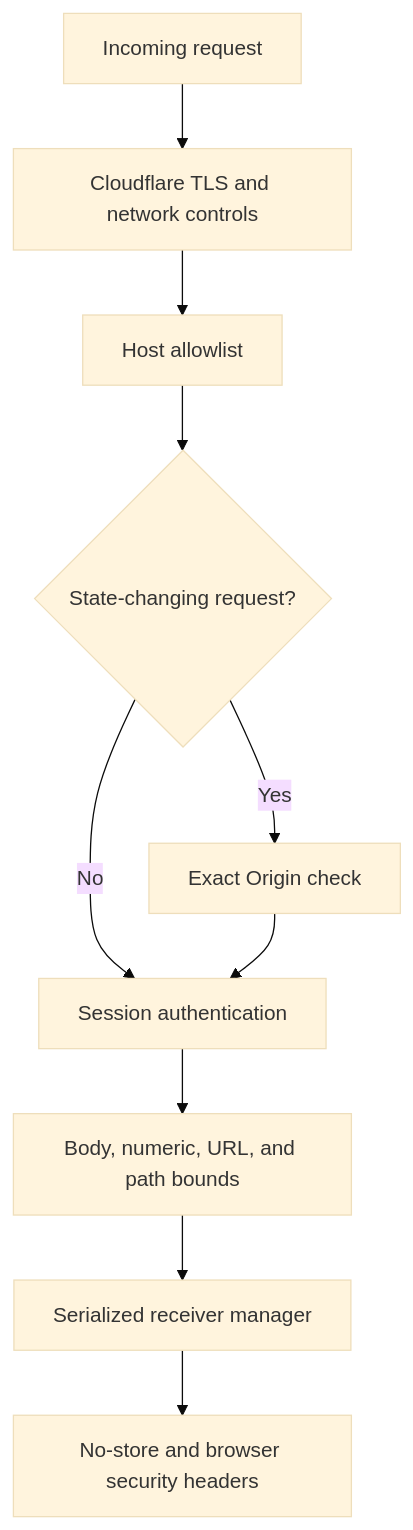
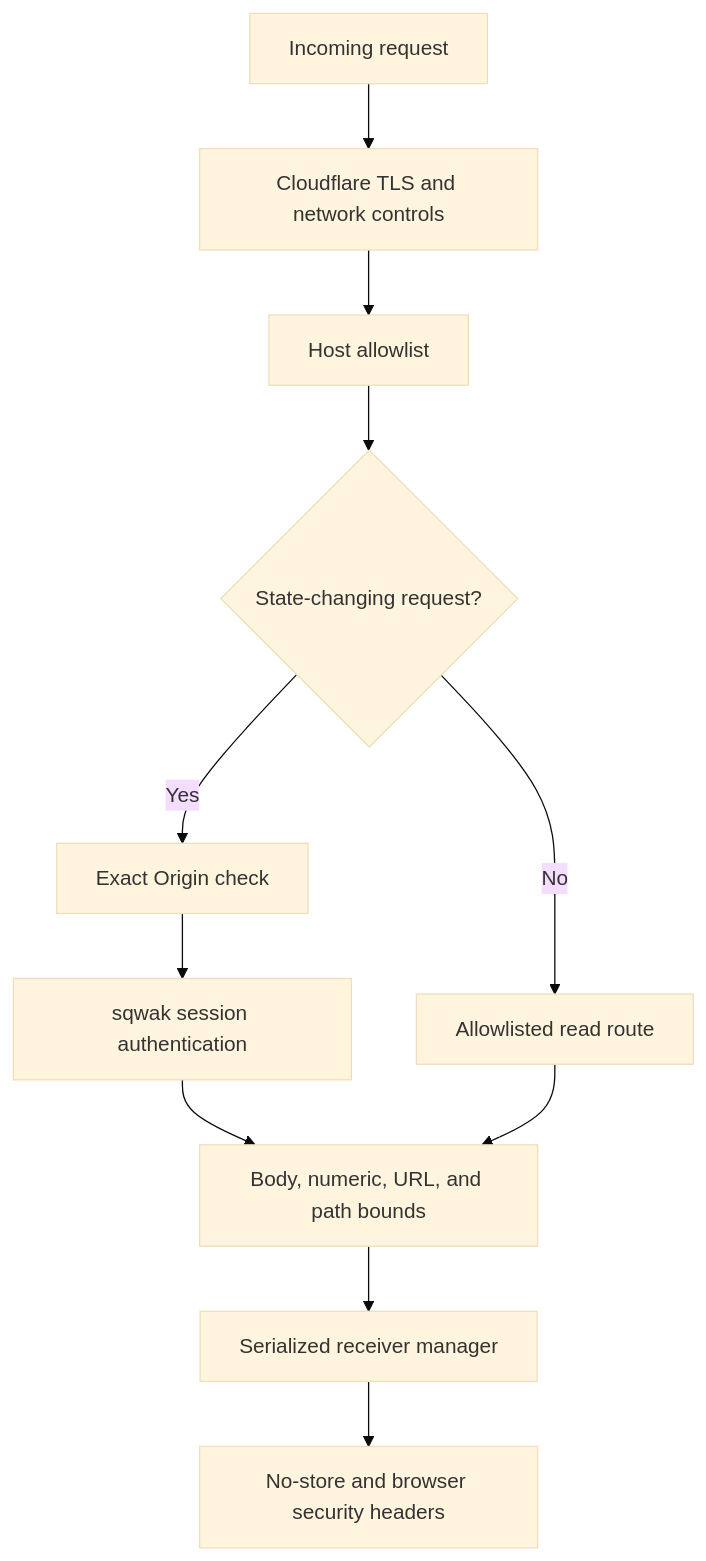
One commit to ramideltoro/skyglow changed the third of 3 diagrams in wiki/skyglow/security.md. Above: the diagram before and after it, drawn with Mermaid (base theme). The commit also changed other lines of this file and 17 other files, not shown here.

````diff
--- a/wiki/skyglow/security.md
+++ b/wiki/skyglow/security.md
@@ -58,12 +63,13 @@
 ```mermaid
 flowchart TD
     Request[Incoming request] --> Cloudflare[Cloudflare TLS and network controls]
     Cloudflare --> Host[Host allowlist]
-    Host --> Origin{State-changing request?}
-    Origin -- Yes --> OriginCheck[Exact Origin check]
-    Origin -- No --> Session
-    OriginCheck --> Session[Session authentication]
+    Host --> Kind{State-changing request?}
+    Kind -- Yes --> OriginCheck[Exact Origin check]
+    Kind -- No --> PublicRead[Allowlisted read route]
+    OriginCheck --> Session[sqwak session authentication]
     Session --> Bounds[Body, numeric, URL, and path bounds]
+    PublicRead --> Bounds
     Bounds --> Manager[Serialized receiver manager]
     Manager --> Response[No-store and browser security headers]
 ```
````
